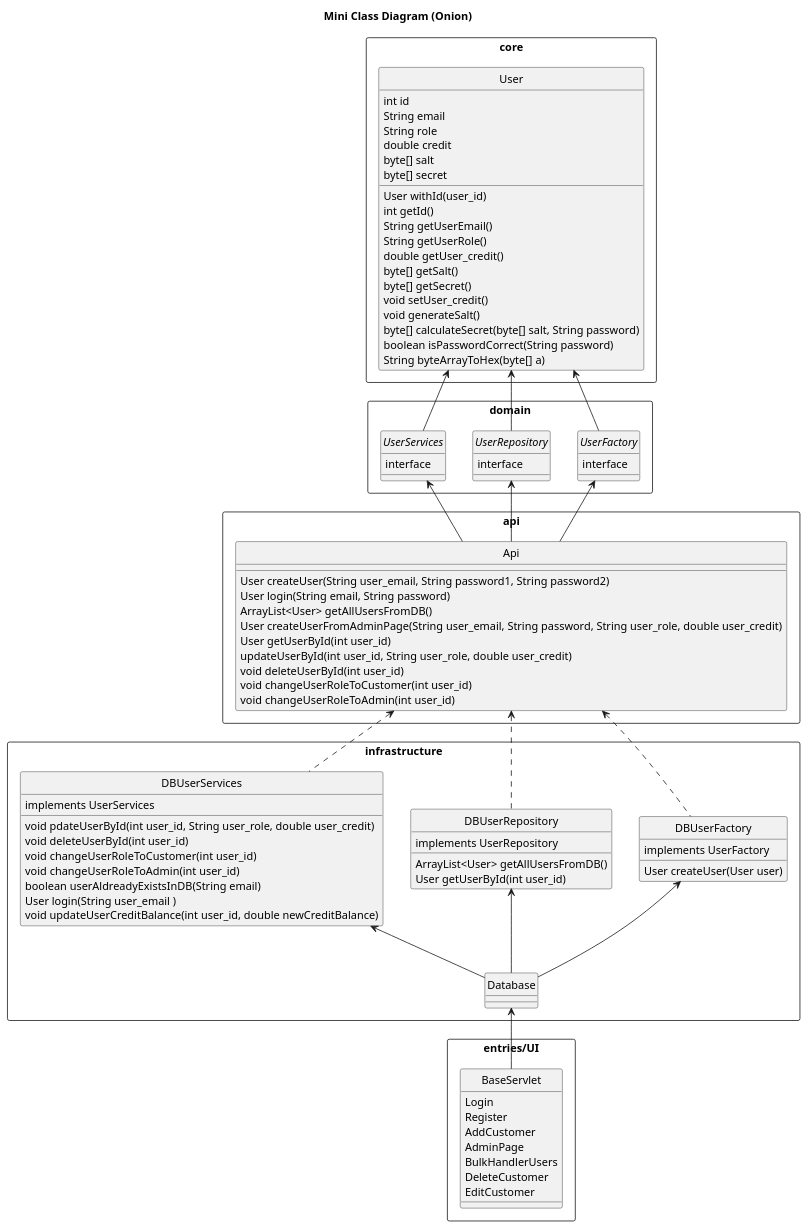
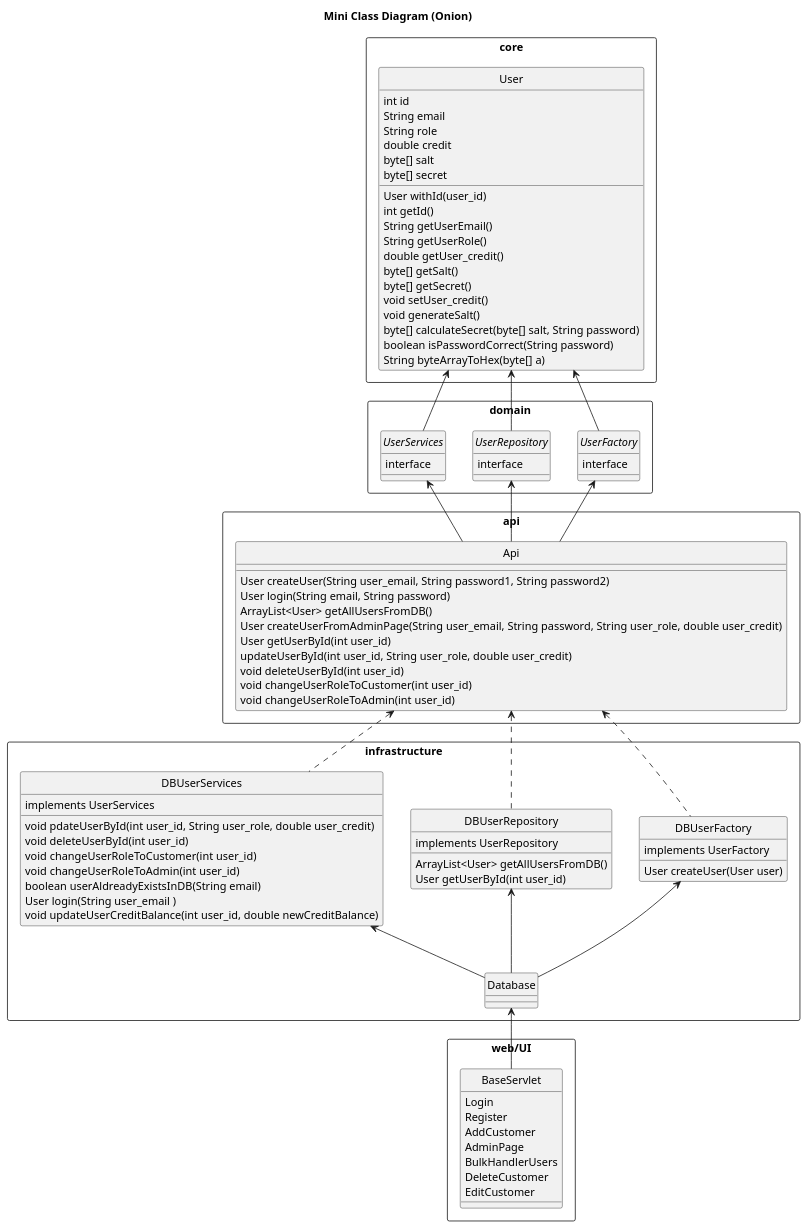
The diagram in Documentation/UML/CupCake_Class_Diagram.puml (codergram/Fog), drawn with PlantUML before and after one commit. The commit also changed 19 other files, not shown here.

```diff
--- a/Documentation/UML/CupCake_Class_Diagram.puml
+++ b/Documentation/UML/CupCake_Class_Diagram.puml
@@ -1,120 +1,120 @@
 @startuml
 Title Mini Class Diagram (Onion)
 
 hide circle
 
 package core <<Rectangle>> {
     class User {
         int id
         String email
         String role
         double credit
         byte[] salt
         byte[] secret
         User withId(user_id)
         int getId()
         String getUserEmail()
         String getUserRole()
         double getUser_credit()
         byte[] getSalt()
         byte[] getSecret()
         void setUser_credit()
         void generateSalt()
         byte[] calculateSecret(byte[] salt, String password)
         boolean isPasswordCorrect(String password)
         String byteArrayToHex(byte[] a)
     }
 }
 
 package domain <<Rectangle>> {
     interface UserFactory {
         interface
     }
 
     interface UserRepository {
         interface
     }
 
     interface UserServices {
         interface
     }
 }
 
 package api <<Rectangle>> {
     class Api {
         User createUser(String user_email, String password1, String password2)
         User login(String email, String password)
         ArrayList<User> getAllUsersFromDB()
         User createUserFromAdminPage(String user_email, String password, String user_role, double user_credit)
         User getUserById(int user_id)
         updateUserById(int user_id, String user_role, double user_credit)
         void deleteUserById(int user_id)
         void changeUserRoleToCustomer(int user_id)
         void changeUserRoleToAdmin(int user_id)
     }
 }
 
-package entries/UI <<Rectangle>> {
+package web/UI <<Rectangle>> {
     class BaseServlet {
         Login
         Register
         AddCustomer
         AdminPage
         BulkHandlerUsers
         DeleteCustomer
         EditCustomer
     }
 }
 
 package infrastructure <<Rectangle>> {
     class Database {
 
     }
 
     class DBUserFactory {
         implements UserFactory
 
         User createUser(User user)
     }
 
     class DBUserRepository {
         implements UserRepository
 
         ArrayList<User> getAllUsersFromDB()
         User getUserById(int user_id)
     }
 
     class DBUserServices {
         implements UserServices
 
         void pdateUserById(int user_id, String user_role, double user_credit)
         void deleteUserById(int user_id)
         void changeUserRoleToCustomer(int user_id)
         void changeUserRoleToAdmin(int user_id)
         boolean userAldreadyExistsInDB(String email)
         User login(String user_email )
         void updateUserCreditBalance(int user_id, double newCreditBalance)
     }
 }
 
 
 User <-- UserFactory
 User <-- UserRepository
 User <-- UserServices
 
 UserFactory <-- Api
 UserRepository <-- Api
 UserServices <-- Api
 
 Api <.. DBUserFactory
 Api <.. DBUserRepository
 Api <.. DBUserServices
 
 
 DBUserFactory <-- Database
 DBUserRepository <-- Database
 DBUserServices <-- Database
 
 Database <-- BaseServlet
 
 @enduml
```
